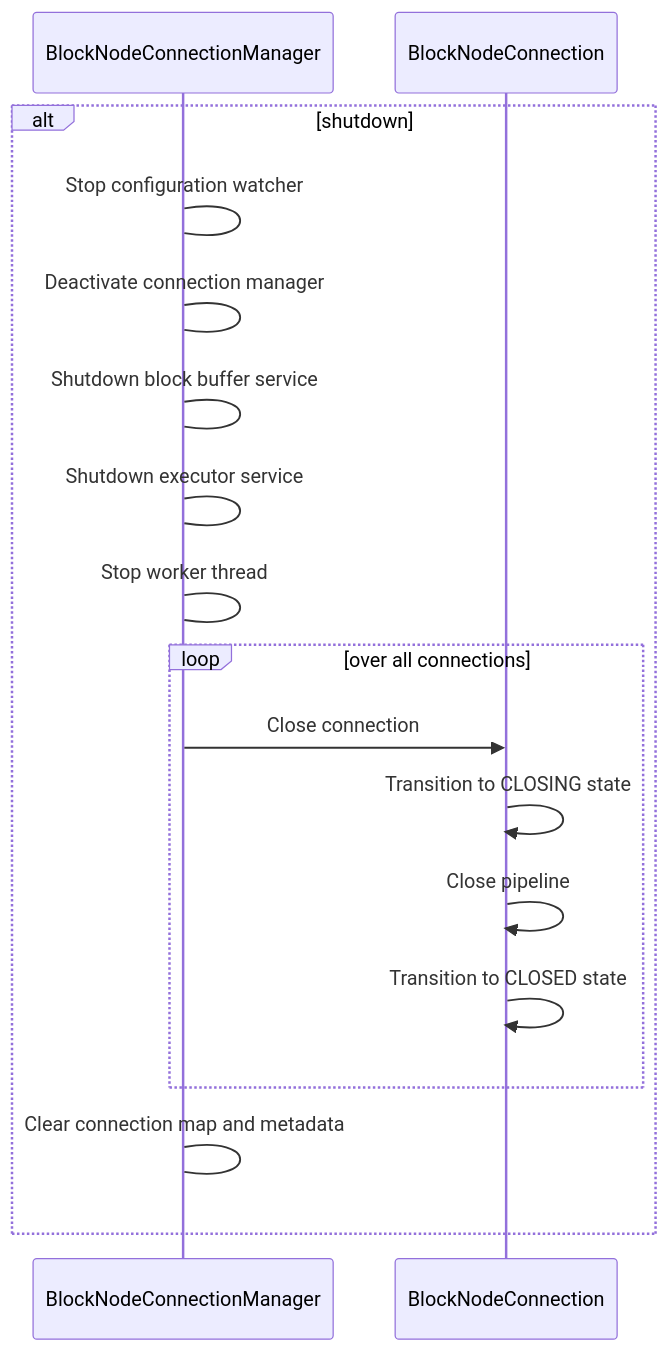
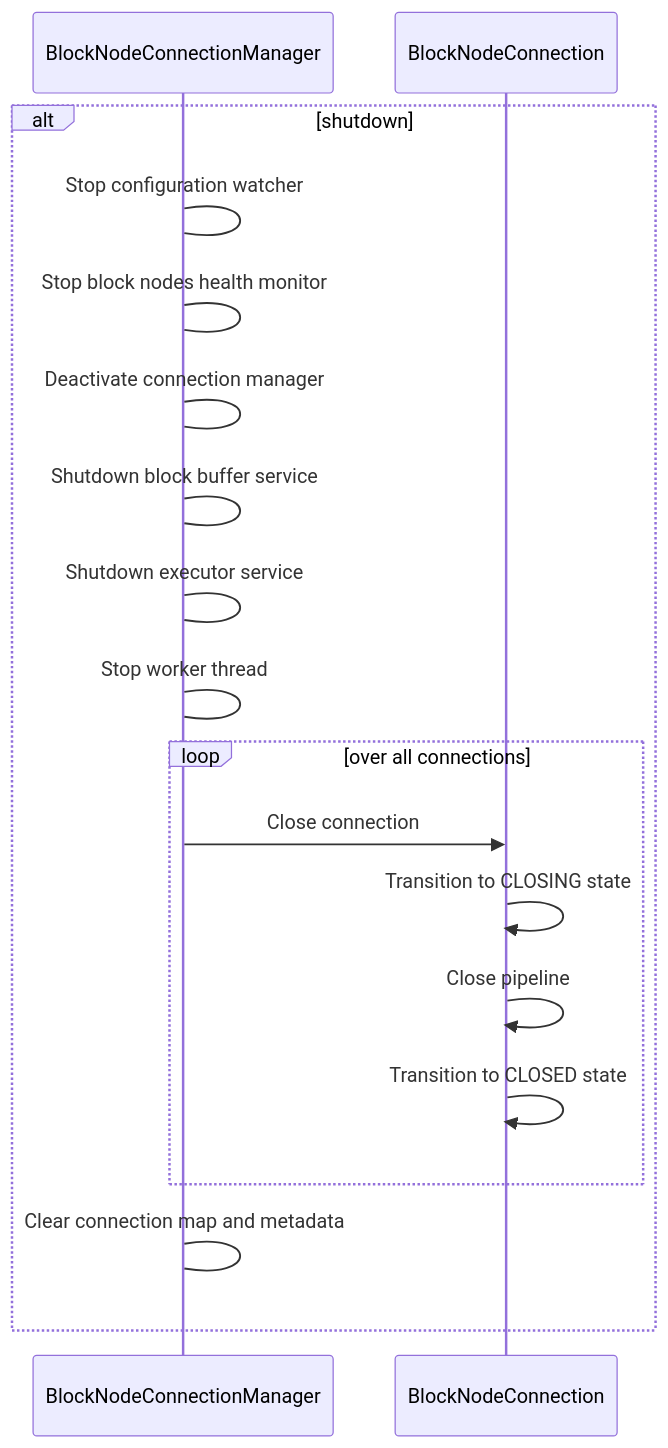
The third of 3 diagrams in hedera-node/docs/design/app/blocks/BlockNodeConnectionManager.md (hiero-ledger/hiero-consensus-node), drawn with Mermaid before and after one commit. The commit also changed other lines of this file and 2 other files, not shown here.

Commit message:
Created a connection manager health worker thread

````diff
--- a/hedera-node/docs/design/app/blocks/BlockNodeConnectionManager.md
+++ b/hedera-node/docs/design/app/blocks/BlockNodeConnectionManager.md
@@ -115,21 +120,22 @@
 ```mermaid
 sequenceDiagram
     participant Manager as BlockNodeConnectionManager
     participant Conn as BlockNodeConnection
 
     alt shutdown
       Manager -> Manager: Stop configuration watcher
+      Manager -> Manager: Stop block nodes health monitor
       Manager -> Manager: Deactivate connection manager
       Manager -> Manager: Shutdown block buffer service
       Manager -> Manager: Shutdown executor service
       Manager -> Manager: Stop worker thread
       loop over all connections
         Manager ->> Conn: Close connection
         Conn ->> Conn: Transition to CLOSING state
         Conn ->> Conn: Close pipeline
         Conn ->> Conn: Transition to CLOSED state
       end
       Manager -> Manager: Clear connection map and metadata
     end
 
 ```
````
